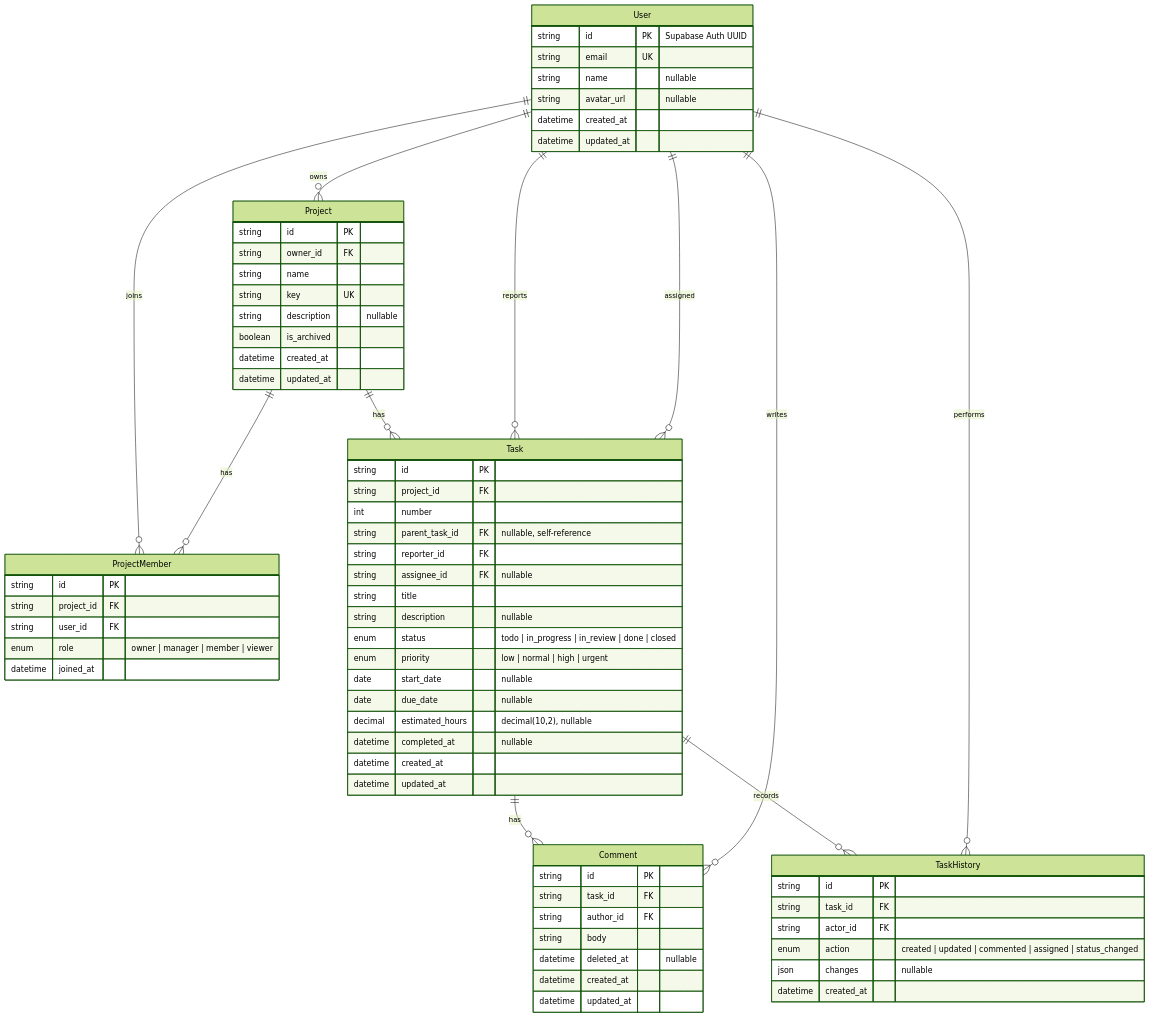
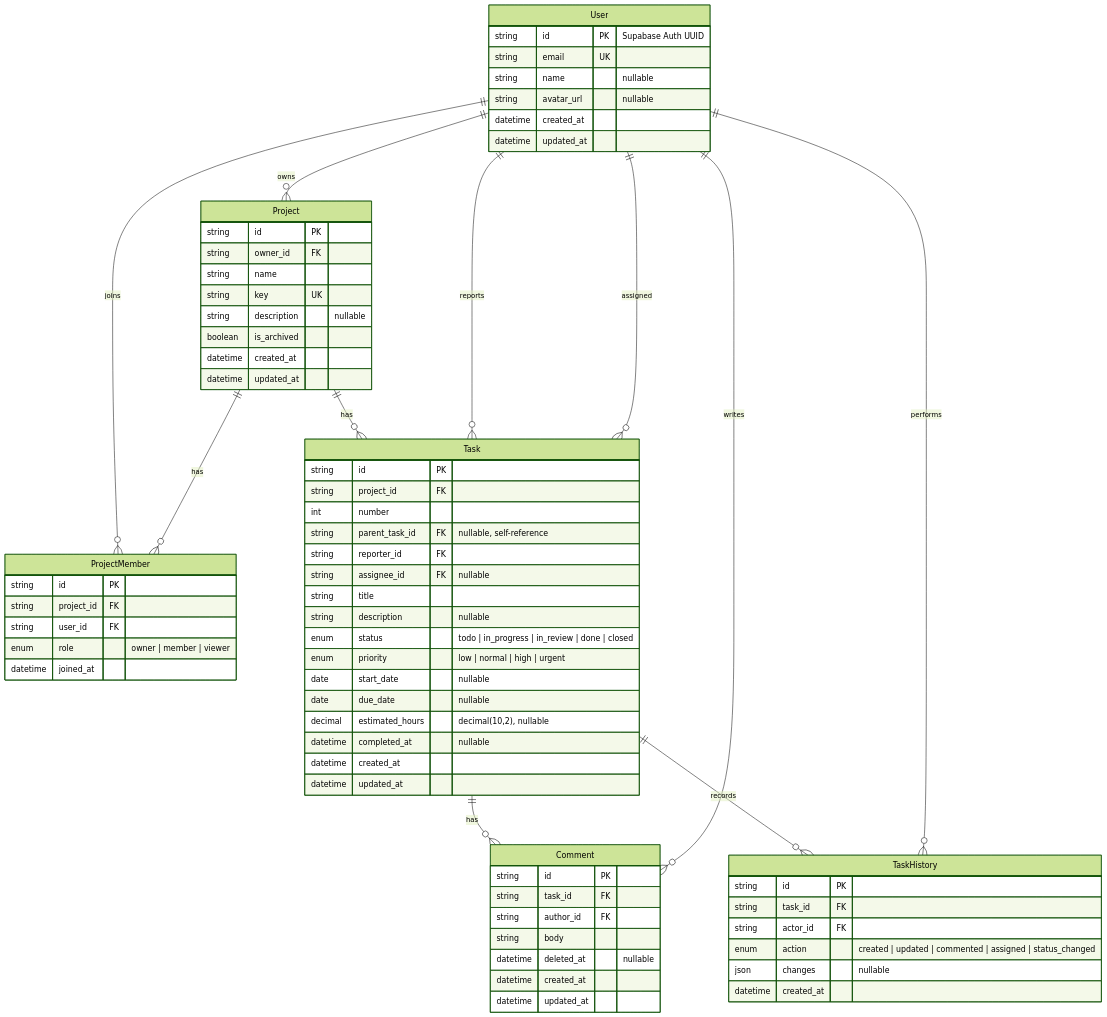
The diagram in docs/ER.md (kazutakanakamura711/redmine-next-nest), drawn with Mermaid (forest theme) before and after one commit. The commit also changed other lines of this file and 28 other files, not shown here.

````diff
--- a/docs/ER.md
+++ b/docs/ER.md
@@ -5,79 +5,79 @@
 ```mermaid
 erDiagram
     User ||--o{ Project : owns
     User ||--o{ ProjectMember : joins
     Project ||--o{ ProjectMember : has
     Project ||--o{ Task : has
     User ||--o{ Task : reports
     User ||--o{ Task : assigned
     Task ||--o{ Comment : has
     User ||--o{ Comment : writes
     Task ||--o{ TaskHistory : records
     User ||--o{ TaskHistory : performs
 
     User {
         string id PK "Supabase Auth UUID"
         string email UK
         string name "nullable"
         string avatar_url "nullable"
         datetime created_at
         datetime updated_at
     }
 
     Project {
         string id PK
         string owner_id FK
         string name
         string key UK
         string description "nullable"
         boolean is_archived
         datetime created_at
         datetime updated_at
     }
 
     ProjectMember {
         string id PK
         string project_id FK
         string user_id FK
-        enum role "owner | manager | member | viewer"
+        enum role "owner | member | viewer"
         datetime joined_at
     }
 
     Task {
         string id PK
         string project_id FK
         int number
         string parent_task_id FK "nullable, self-reference"
         string reporter_id FK
         string assignee_id FK "nullable"
         string title
         string description "nullable"
         enum status "todo | in_progress | in_review | done | closed"
         enum priority "low | normal | high | urgent"
         date start_date "nullable"
         date due_date "nullable"
         decimal estimated_hours "decimal(10,2), nullable"
         datetime completed_at "nullable"
         datetime created_at
         datetime updated_at
     }
 
     Comment {
         string id PK
         string task_id FK
         string author_id FK
         string body
         datetime deleted_at "nullable"
         datetime created_at
         datetime updated_at
     }
 
     TaskHistory {
         string id PK
         string task_id FK
         string actor_id FK
         enum action "created | updated | commented | assigned | status_changed"
         json changes "nullable"
         datetime created_at
     }
 ```
````
